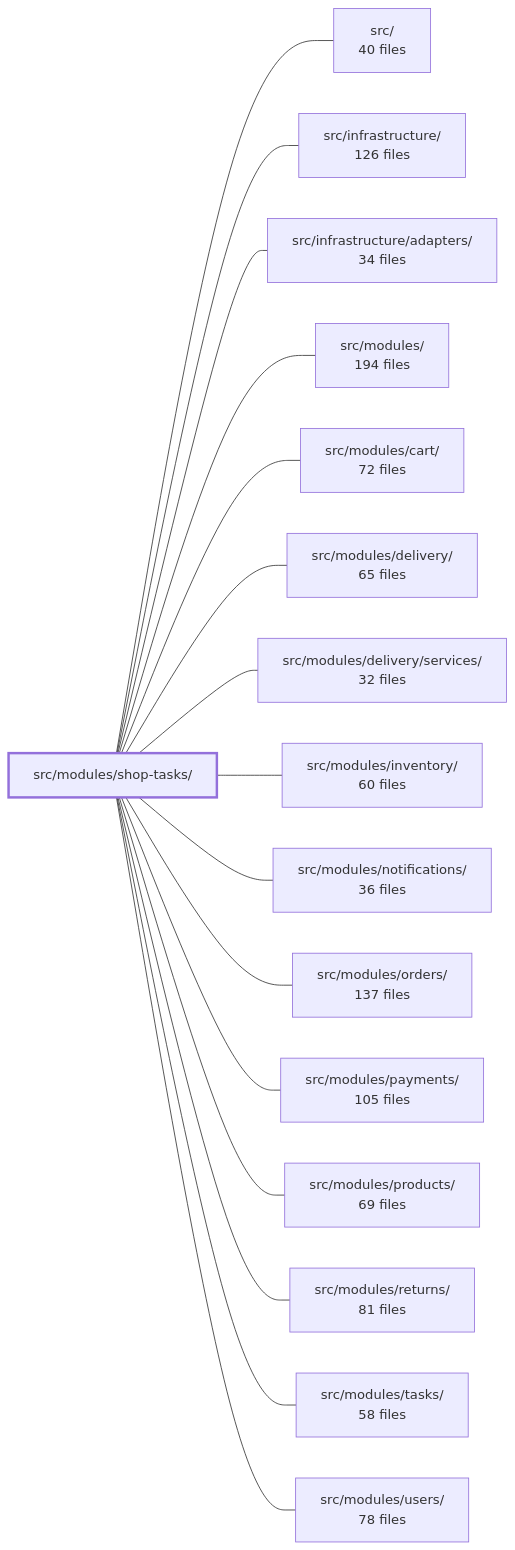
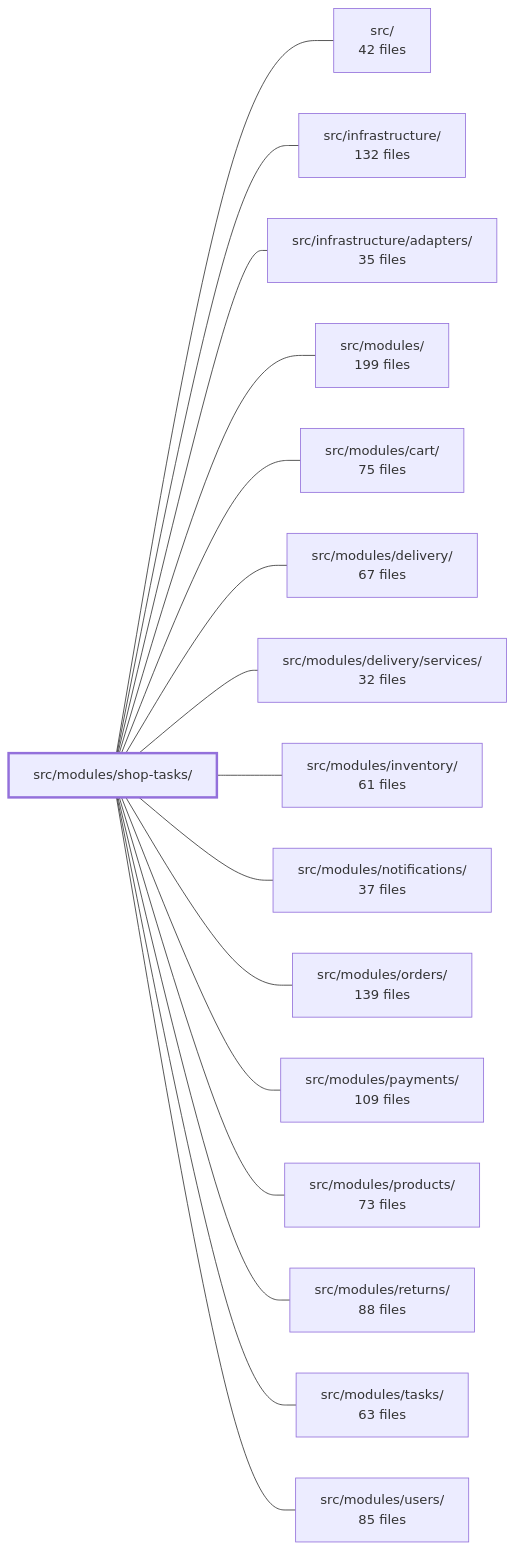
The diagram in .2brain/modules/boilerplate-node-backend_src_modules_shop-tasks.md (Guebbit/boilerplate-node-backend), drawn with Mermaid before and after one commit. The commit also changed other lines of this file and 1102 other files, not shown here.

````diff
--- a/.2brain/modules/boilerplate-node-backend_src_modules_shop-tasks.md
+++ b/.2brain/modules/boilerplate-node-backend_src_modules_shop-tasks.md
@@ -42,35 +41,35 @@
 ```mermaid
 flowchart LR
     m_src_modules_shop_tasks["src/modules/shop-tasks/"]
-    m_src["src/<br/>40 files"]
-    m_src_infrastructure["src/infrastructure/<br/>126 files"]
-    m_src_infrastructure_adapters["src/infrastructure/adapters/<br/>34 files"]
-    m_src_modules["src/modules/<br/>194 files"]
-    m_src_modules_cart["src/modules/cart/<br/>72 files"]
-    m_src_modules_delivery["src/modules/delivery/<br/>65 files"]
+    m_src["src/<br/>42 files"]
+    m_src_infrastructure["src/infrastructure/<br/>132 files"]
+    m_src_infrastructure_adapters["src/infrastructure/adapters/<br/>35 files"]
+    m_src_modules["src/modules/<br/>199 files"]
+    m_src_modules_cart["src/modules/cart/<br/>75 files"]
+    m_src_modules_delivery["src/modules/delivery/<br/>67 files"]
     m_src_modules_delivery_services["src/modules/delivery/services/<br/>32 files"]
-    m_src_modules_inventory["src/modules/inventory/<br/>60 files"]
-    m_src_modules_notifications["src/modules/notifications/<br/>36 files"]
-    m_src_modules_orders["src/modules/orders/<br/>137 files"]
-    m_src_modules_payments["src/modules/payments/<br/>105 files"]
-    m_src_modules_products["src/modules/products/<br/>69 files"]
-    m_src_modules_returns["src/modules/returns/<br/>81 files"]
-    m_src_modules_tasks["src/modules/tasks/<br/>58 files"]
-    m_src_modules_users["src/modules/users/<br/>78 files"]
+    m_src_modules_inventory["src/modules/inventory/<br/>61 files"]
+    m_src_modules_notifications["src/modules/notifications/<br/>37 files"]
+    m_src_modules_orders["src/modules/orders/<br/>139 files"]
+    m_src_modules_payments["src/modules/payments/<br/>109 files"]
+    m_src_modules_products["src/modules/products/<br/>73 files"]
+    m_src_modules_returns["src/modules/returns/<br/>88 files"]
+    m_src_modules_tasks["src/modules/tasks/<br/>63 files"]
+    m_src_modules_users["src/modules/users/<br/>85 files"]
     m_src_modules_shop_tasks --- m_src
     m_src_modules_shop_tasks --- m_src_infrastructure
     m_src_modules_shop_tasks --- m_src_infrastructure_adapters
     m_src_modules_shop_tasks --- m_src_modules
     m_src_modules_shop_tasks --- m_src_modules_cart
     m_src_modules_shop_tasks --- m_src_modules_delivery
     m_src_modules_shop_tasks --- m_src_modules_delivery_services
     m_src_modules_shop_tasks --- m_src_modules_inventory
     m_src_modules_shop_tasks --- m_src_modules_notifications
     m_src_modules_shop_tasks --- m_src_modules_orders
     m_src_modules_shop_tasks --- m_src_modules_payments
     m_src_modules_shop_tasks --- m_src_modules_products
     m_src_modules_shop_tasks --- m_src_modules_returns
     m_src_modules_shop_tasks --- m_src_modules_tasks
     m_src_modules_shop_tasks --- m_src_modules_users
     style m_src_modules_shop_tasks stroke-width:3px
 ```
````
